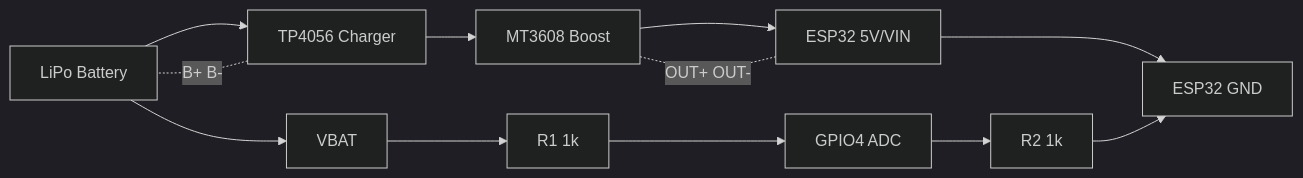
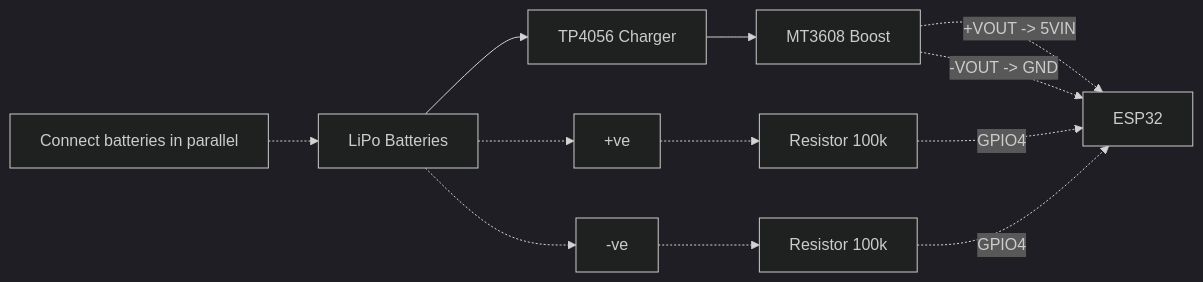
One commit to SherifBasem/Smart_Stethoscope_V3.2 changed the second of 3 diagrams in README.md. Above: the diagram before and after it, drawn with Mermaid (dark theme). The commit also changed other lines of this file and 6 other files, not shown here.

````diff
--- a/README.md
+++ b/README.md
@@ -134,16 +145,16 @@
 ```mermaid
 flowchart LR
-  LIPO[LiPo Battery] --> TP[TP4056 Charger];
+  note[Connect batteries in parallel] -.->  LIPO[LiPo Batteries]
+  LIPO --> TP[TP4056 Charger];
   TP --> BOOST[MT3608 Boost];
-  BOOST --> ESP[ESP32 5V/VIN];
-  ESP --> GND[ESP32 GND];
+  BOOST -. +VOUT -> 5VIN .-> ESP[ESP32];
+  BOOST -. -VOUT -> GND .-> ESP;
 
-  LIPO --> VBAT[VBAT];
-  VBAT --> R1[R1 1k];
-  R1 --> GPIO4[GPIO4 ADC];
-  GPIO4 --> R2[R2 1k];
-  R2 --> GND;
+  LIPO -.-> +ve;
+  LIPO -.-> -ve;  
+  +ve -.-> R1[Resistor 100k];
+  -ve -.-> R2[Resistor 100k];
+  R1 -.GPIO4.-> ESP;
+  R2 -.GPIO4.-> ESP;
 
-  TP -. B+ B- .- LIPO;
-  BOOST -. OUT+ OUT- .- ESP;
 ```
````
